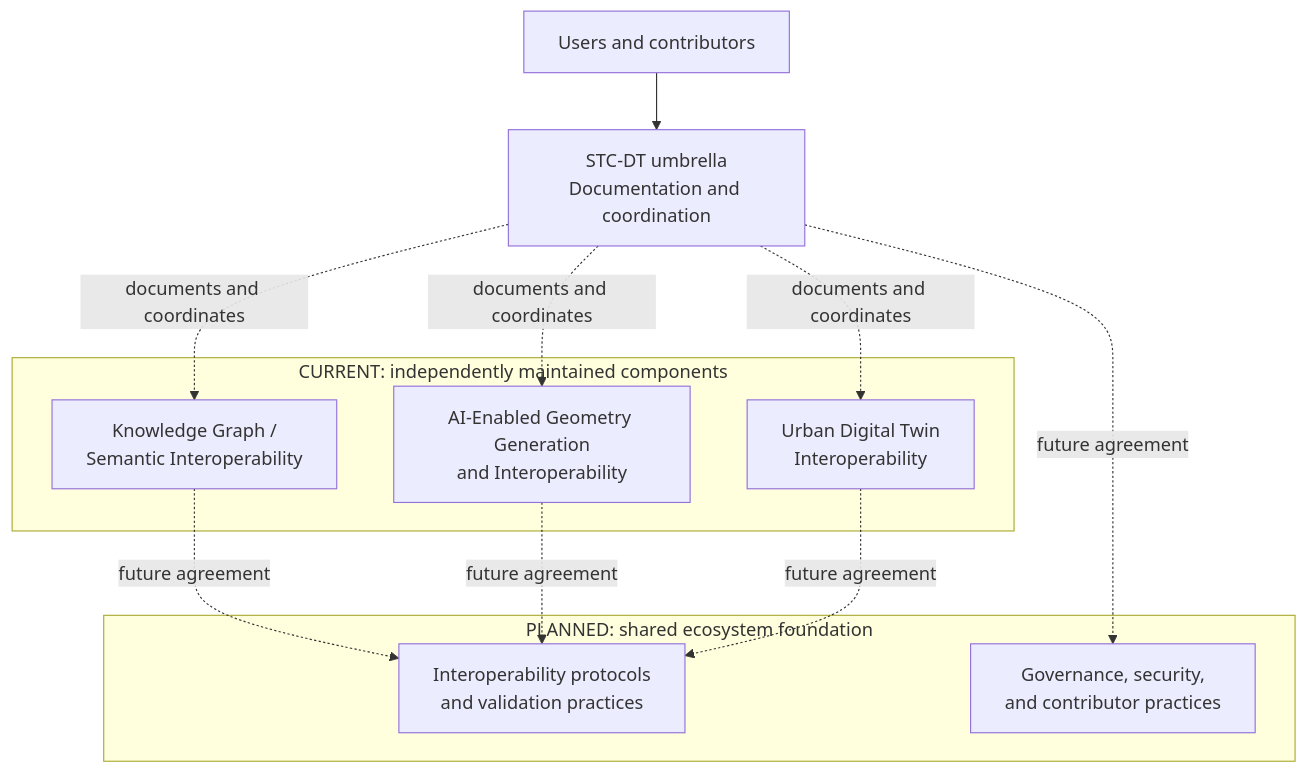
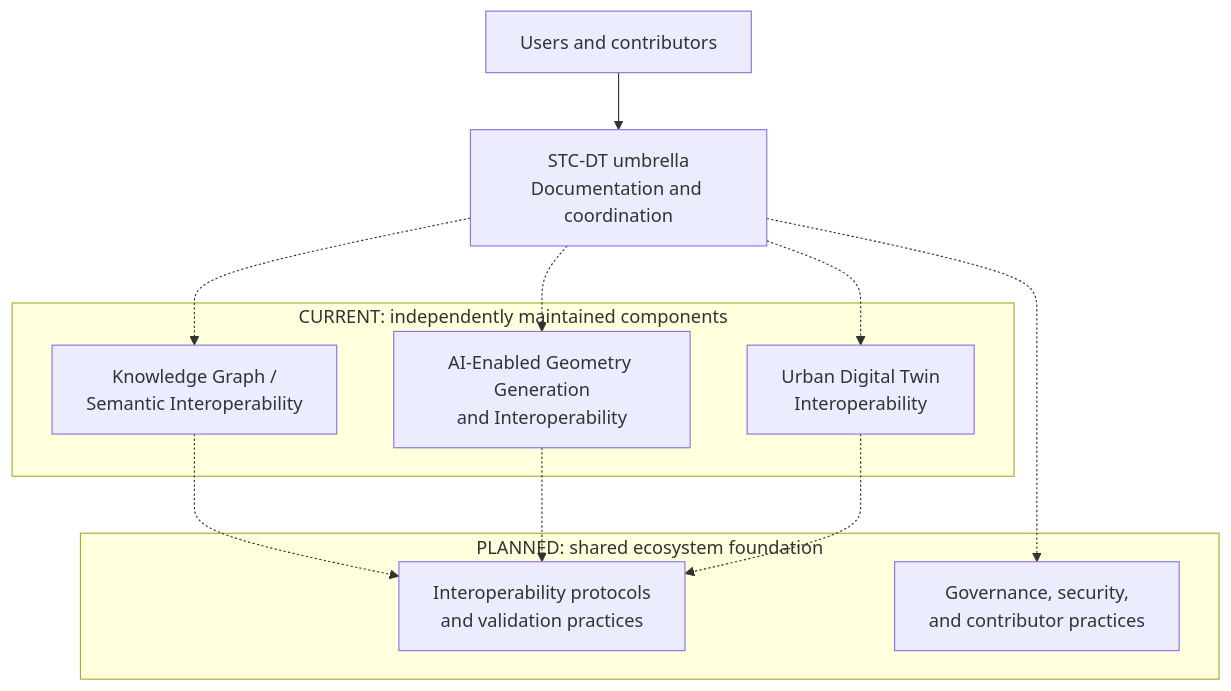
The diagram in README.md (vijaybkhot/STC-DT), drawn with Mermaid before and after one commit. The commit also changed 1 other file, not shown here.

Commit message:
docs: fix Mermaid architecture rendering

````diff
--- a/README.md
+++ b/README.md
@@ -17,23 +17,25 @@
 ```mermaid
 flowchart TB
-    U[Users and contributors] --> STC[STC-DT umbrella<br/>Documentation and coordination]
+    U["Users and contributors"] --> STC["STC-DT umbrella<br>Documentation and coordination"]
 
     subgraph Current["CURRENT: independently maintained components"]
-        KG[Knowledge Graph /<br/>Semantic Interoperability]
-        GEO[AI-Enabled Geometry Generation<br/>and Interoperability]
-        UDT[Urban Digital Twin<br/>Interoperability]
+        KG["Knowledge Graph /<br>Semantic Interoperability"]
+        GEO["AI-Enabled Geometry Generation<br>and Interoperability"]
+        UDT["Urban Digital Twin<br>Interoperability"]
     end
 
     subgraph Planned["PLANNED: shared ecosystem foundation"]
-        IP[Interoperability protocols<br/>and validation practices]
-        GP[Governance, security,<br/>and contributor practices]
+        IP["Interoperability protocols<br>and validation practices"]
+        GP["Governance, security,<br>and contributor practices"]
     end
 
-    STC -. documents and coordinates .-> KG
-    STC -. documents and coordinates .-> GEO
-    STC -. documents and coordinates .-> UDT
-    KG -. future agreement .-> IP
-    GEO -. future agreement .-> IP
-    UDT -. future agreement .-> IP
-    STC -. future agreement .-> GP
+    STC -.-> KG
+    STC -.-> GEO
+    STC -.-> UDT
+
+    KG -.-> IP
+    GEO -.-> IP
+    UDT -.-> IP
+
+    STC -.-> GP
 ```
````
